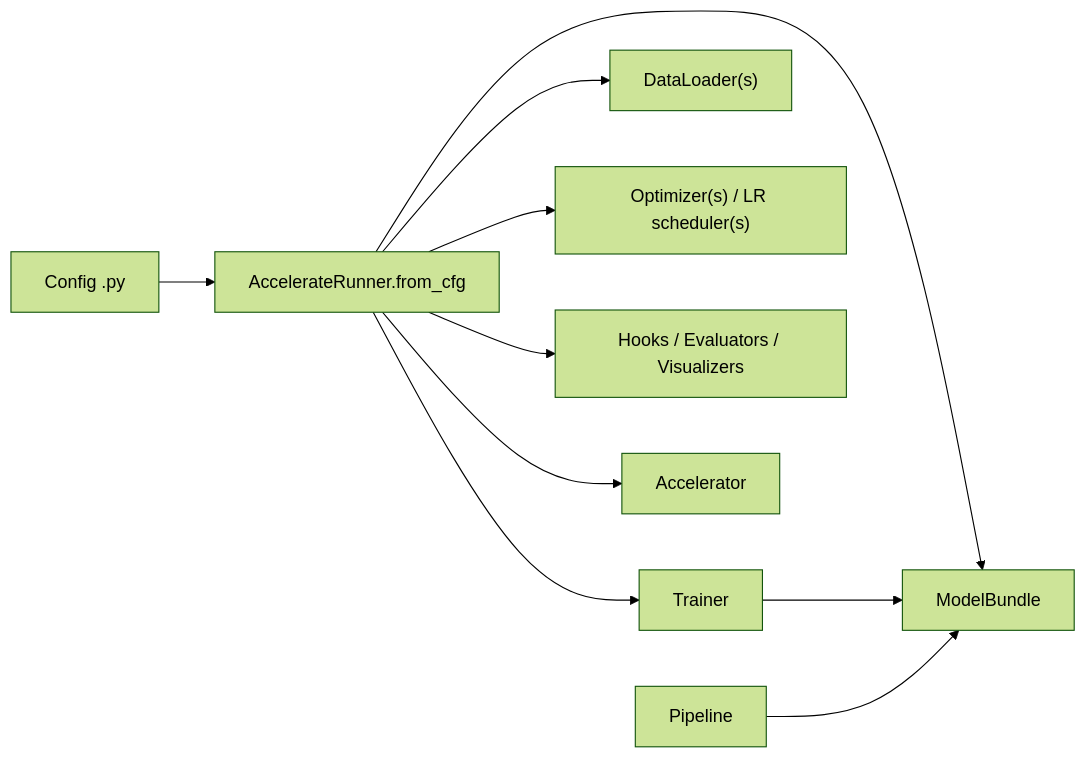
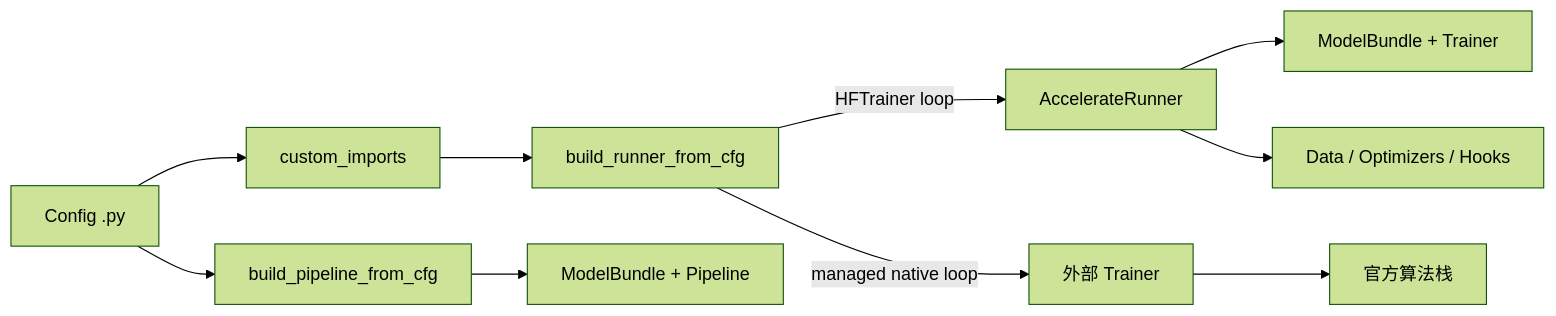
Before and after one commit to ZeyuLing/HFTrainer: the first of 2 diagrams in docs/zh-cn/architecture.md, drawn with Mermaid (forest theme). The commit also changed other lines of this file and 52 other files, not shown here.

````diff
--- a/docs/zh-cn/architecture.md
+++ b/docs/zh-cn/architecture.md
@@ -5,12 +5,12 @@
 ```mermaid
 flowchart LR
-    A["Config .py"] --> B["AccelerateRunner.from_cfg"]
-    B --> C["ModelBundle"]
-    B --> D["Trainer"]
-    B --> E["DataLoader(s)"]
-    B --> F["Optimizer(s) / LR scheduler(s)"]
-    B --> G["Hooks / Evaluators / Visualizers"]
-    B --> H["Accelerator"]
-    D --> C
-    I["Pipeline"] --> C
+    A["Config .py"] --> B["custom_imports"]
+    B --> C["build_runner_from_cfg"]
+    C -->|HFTrainer loop| D["AccelerateRunner"]
+    C -->|managed native loop| E["外部 Trainer"]
+    D --> F["ModelBundle + Trainer"]
+    D --> G["Data / Optimizers / Hooks"]
+    E --> H["官方算法栈"]
+    A --> I["build_pipeline_from_cfg"]
+    I --> J["ModelBundle + Pipeline"]
 ```
````
